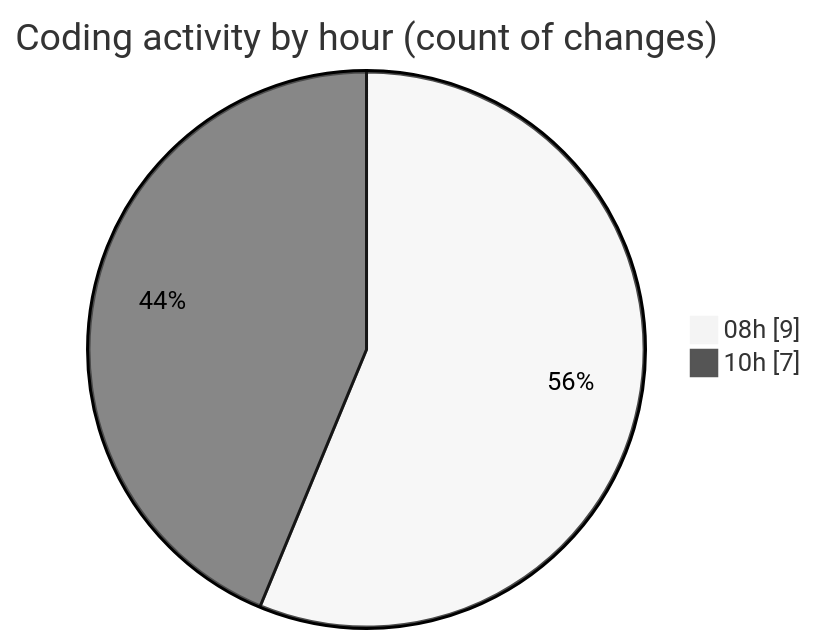
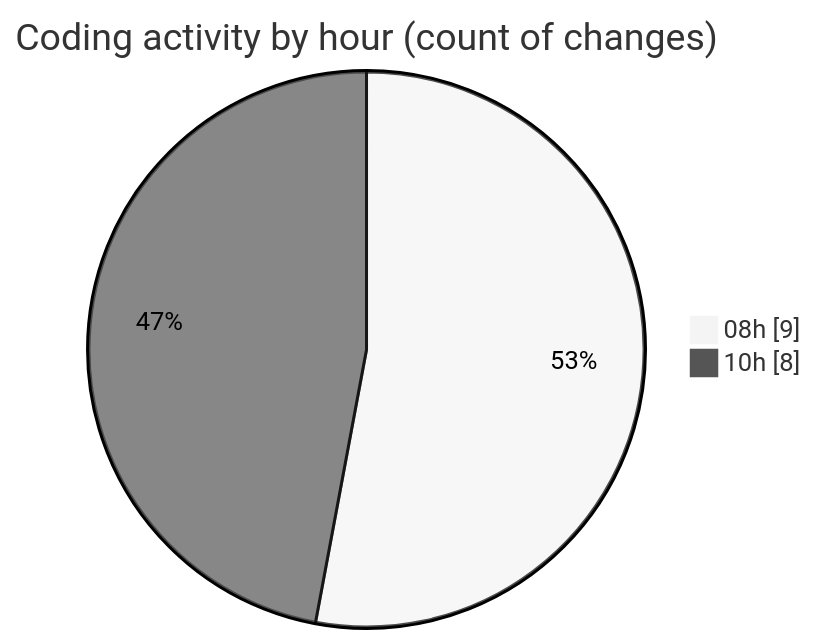
Before and after one commit to julien-gomy/code-tracking: the second of 2 diagrams in 2025-11-04/cdp_aleoudev_fr__workspace_/README.md, drawn with Mermaid (neutral theme). The commit also changed other lines of this file and 1 other file, not shown here.

````diff
--- a/2025-11-04/cdp_aleoudev_fr__workspace_/README.md
+++ b/2025-11-04/cdp_aleoudev_fr__workspace_/README.md
@@ -29,6 +29,6 @@
 ```mermaid
 pie showData
 title Coding activity by hour (count of changes)
 "08h" : 9
-"10h" : 7
+"10h" : 8
 ```
````
